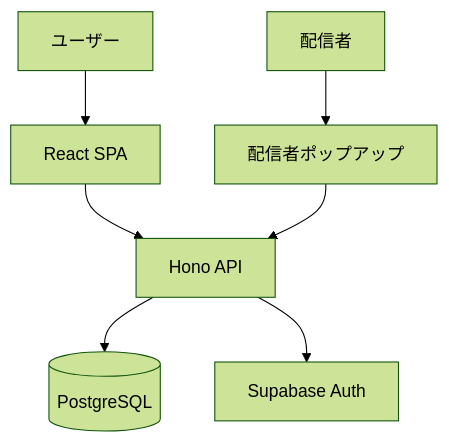
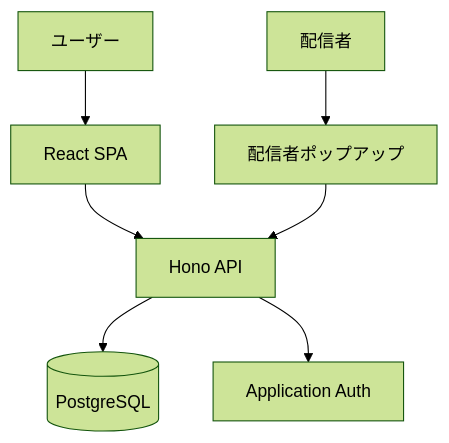
One commit to krtw00/duel-log-app changed the diagram in README.ja.md. Above: the diagram before and after it, drawn with Mermaid (forest theme). The commit also changed other lines of this file and 35 other files, not shown here.

````diff
--- a/README.ja.md
+++ b/README.ja.md
@@ -31,9 +31,9 @@
 ```mermaid
 flowchart TB
     User[ユーザー] --> Web[React SPA]
     Streamer[配信者] --> Popup[配信者ポップアップ]
     Web --> API[Hono API]
     Popup --> API
     API --> DB[(PostgreSQL)]
-    API --> Auth[Supabase Auth]
+    API --> Auth[Application Auth]
 ```
````
